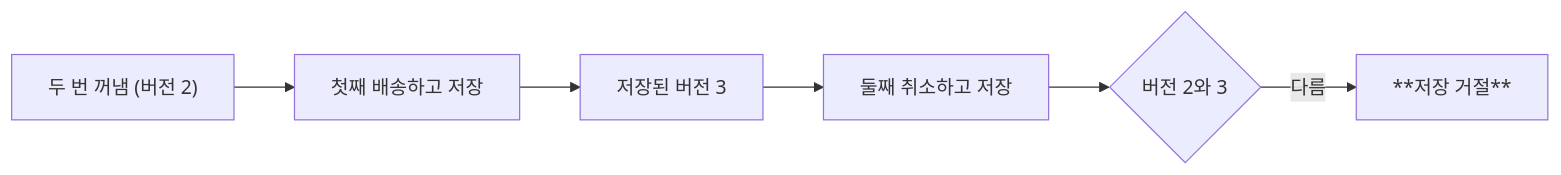
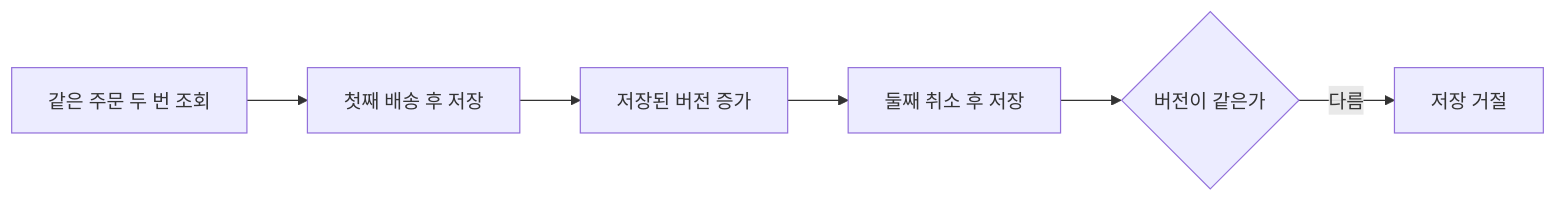
The diagram in .projectcode/chapters/optimistic-lock/diagrams/flow.md (busan-bank-2026/ddd-example), drawn with Mermaid before and after one commit. The commit also changed other lines of this file and 13 other files, not shown here.

````diff
--- a/.projectcode/chapters/optimistic-lock/diagrams/flow.md
+++ b/.projectcode/chapters/optimistic-lock/diagrams/flow.md
@@ -3,8 +3,8 @@
 ```mermaid
 flowchart LR
-  A["두 번 꺼냄 (버전 2)"] --> B[첫째 배송하고 저장]
-  B --> C[저장된 버전 3]
-  C --> D[둘째 취소하고 저장]
-  D --> E{버전 2와 3}
-  E -->|다름| F[**저장 거절**]
+  A[같은 주문 두 번 조회] --> B[첫째 배송 후 저장]
+  B --> C[저장된 버전 증가]
+  C --> D[둘째 취소 후 저장]
+  D --> E{버전이 같은가}
+  E -->|다름| F[저장 거절]
 ```
````
